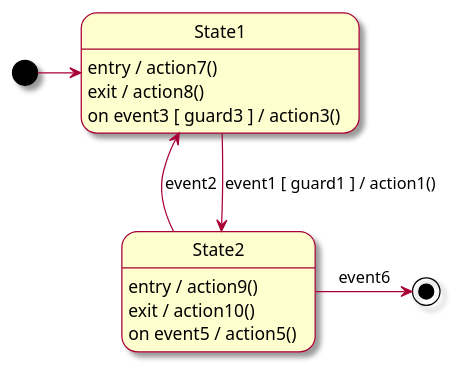
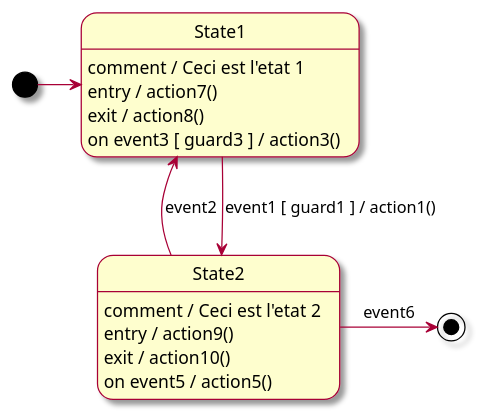
The diagram in examples/Simple.plantuml (Lecrapouille/PlantUMLStatecharts), drawn with PlantUML before and after one commit. The commit also changed 5 other files, not shown here.

```diff
--- a/examples/Simple.plantuml
+++ b/examples/Simple.plantuml
@@ -1,36 +1,38 @@
 @startuml
 skin rose
 
-'code private:
-'code   void action1() { LOGD("[ACTION %s]\n", __func__); }
-'code   void action3() { LOGD("[ACTION %s]\n", __func__); }
-'code   void action4() { LOGD("[ACTION %s]\n", __func__); }
-'code   void action5() { LOGD("[ACTION %s]\n", __func__); }
-'code   void action6() { LOGD("[ACTION %s]\n", __func__); }
-'code   void action7() { LOGD("[ACTION %s]\n", __func__); }
-'code   void action8() { LOGD("[ACTION %s]\n", __func__); }
-'code   void action9() { LOGD("[ACTION %s]\n", __func__); }
-'code   void action10() { LOGD("[ACTION %s]\n", __func__); }
-'code
-'code private:
-'code   bool guard1 = true;
-'code   bool guard3 = true;
-'code   bool guard6 = true;
+'[code] private:
+'[code]   void action1() { LOGD("[ACTION %s]\n", __func__); }
+'[code]   void action3() { LOGD("[ACTION %s]\n", __func__); }
+'[code]   void action4() { LOGD("[ACTION %s]\n", __func__); }
+'[code]   void action5() { LOGD("[ACTION %s]\n", __func__); }
+'[code]   void action6() { LOGD("[ACTION %s]\n", __func__); }
+'[code]   void action7() { LOGD("[ACTION %s]\n", __func__); }
+'[code]   void action8() { LOGD("[ACTION %s]\n", __func__); }
+'[code]   void action9() { LOGD("[ACTION %s]\n", __func__); }
+'[code]   void action10() { LOGD("[ACTION %s]\n", __func__); }
+'[code]
+'[code] private:
+'[code]   bool guard1 = true;
+'[code]   bool guard3 = true;
+'[code]   bool guard6 = true;
 
 [*] -> State1
 
 State1 --> State2 : event1 [ guard1 ] / action1()
 State1 <-- State2 : event2
 State2 -> [*] : event6
 
+State1 : comment / Ceci est l'etat 1
 State1 : entry / action7()
 State1 : exit / action8()
 State1 : on event3 [ guard3 ] / action3()
 ' FIXME not managed State1 : on event4 / action4()
 
+State2 : comment / Ceci est l'etat 2
 State2 : entry / action9()
 State2 : exit / action10()
 State2 : on event5 / action5()
 ' FIXME not managed State2 : on event6 [ guard6 ] / action6()
 
 @enduml
```
